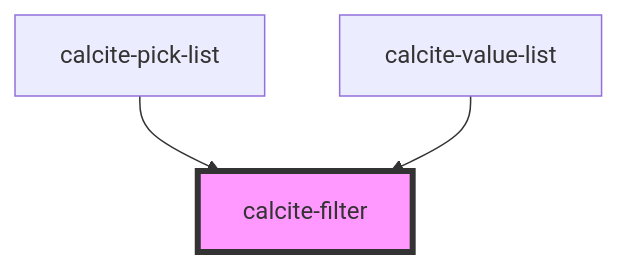
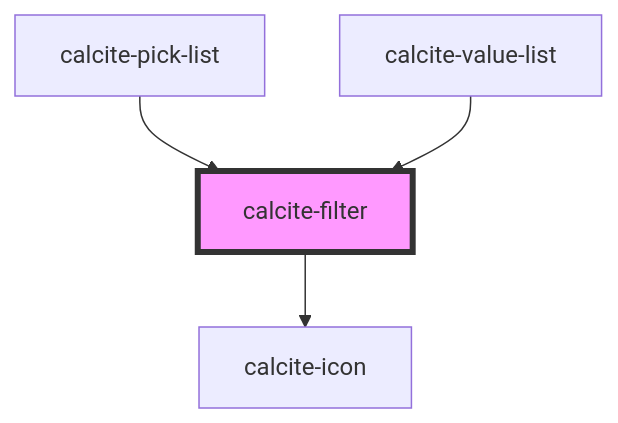
Before and after one commit to Esri/calcite-design-system: the diagram in src/components/calcite-filter/readme.md, drawn with Mermaid. The commit also changed other lines of this file and 27 other files, not shown here.

````diff
--- a/src/components/calcite-filter/readme.md
+++ b/src/components/calcite-filter/readme.md
@@ -29,6 +33,7 @@
 ```mermaid
 graph TD;
+  calcite-filter --> calcite-icon
   calcite-pick-list --> calcite-filter
   calcite-value-list --> calcite-filter
   style calcite-filter fill:#f9f,stroke:#333,stroke-width:4px
 ```
````
